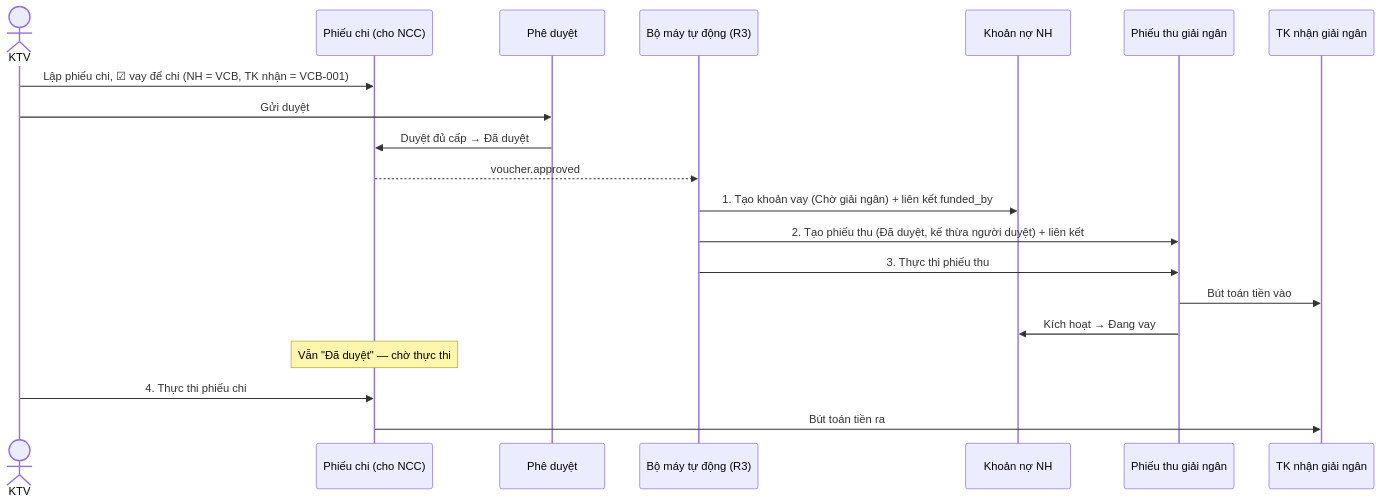
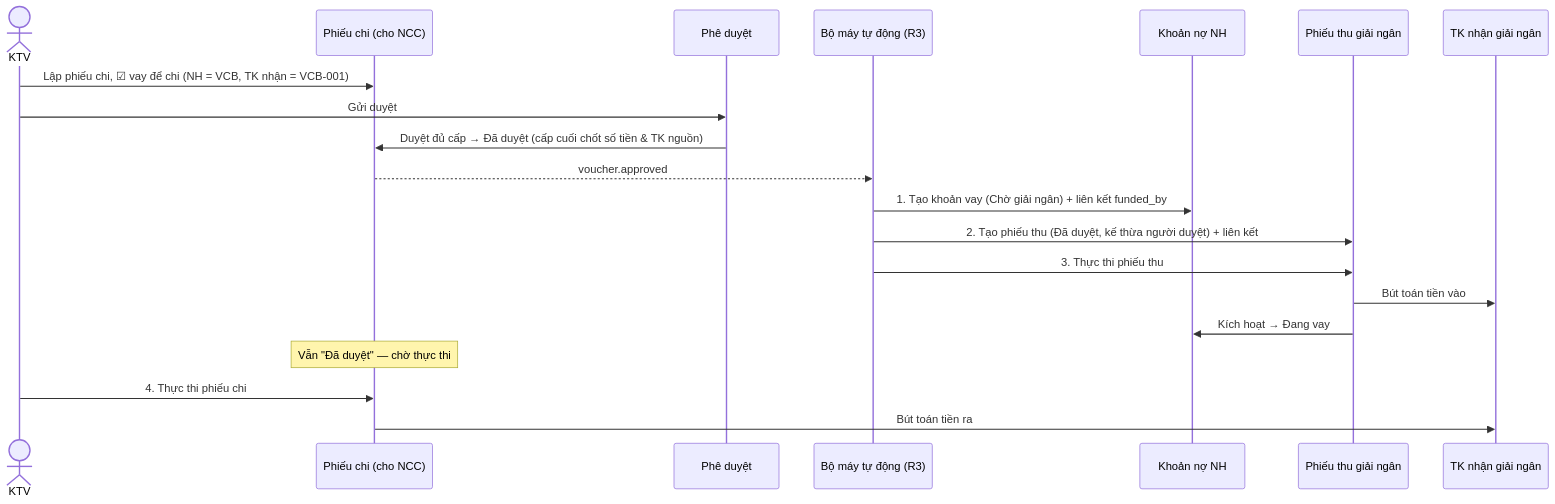
Diagram 14 of 16 in v2/v2.md (hainh/FinGate), drawn with Mermaid before and after one commit. The commit also changed other lines of this file, not shown here.

````diff
--- a/v2/v2.md
+++ b/v2/v2.md
@@ -734,22 +894,22 @@
 ```mermaid
 sequenceDiagram
   actor KTV
   participant PC as Phiếu chi (cho NCC)
   participant AP as Phê duyệt
   participant E as Bộ máy tự động (R3)
   participant NH as Khoản nợ NH
   participant PT as Phiếu thu giải ngân
   participant TK as TK nhận giải ngân
   KTV->>PC: Lập phiếu chi, ☑ vay để chi (NH = VCB, TK nhận = VCB-001)
   KTV->>AP: Gửi duyệt
-  AP->>PC: Duyệt đủ cấp → Đã duyệt
+  AP->>PC: Duyệt đủ cấp → Đã duyệt (cấp cuối chốt số tiền & TK nguồn)
   PC-->>E: voucher.approved
   E->>NH: 1. Tạo khoản vay (Chờ giải ngân) + liên kết funded_by
   E->>PT: 2. Tạo phiếu thu (Đã duyệt, kế thừa người duyệt) + liên kết
   E->>PT: 3. Thực thi phiếu thu
   PT->>TK: Bút toán tiền vào
   PT->>NH: Kích hoạt → Đang vay
   Note over PC: Vẫn "Đã duyệt" — chờ thực thi
   KTV->>PC: 4. Thực thi phiếu chi
   PC->>TK: Bút toán tiền ra
 ```
````
